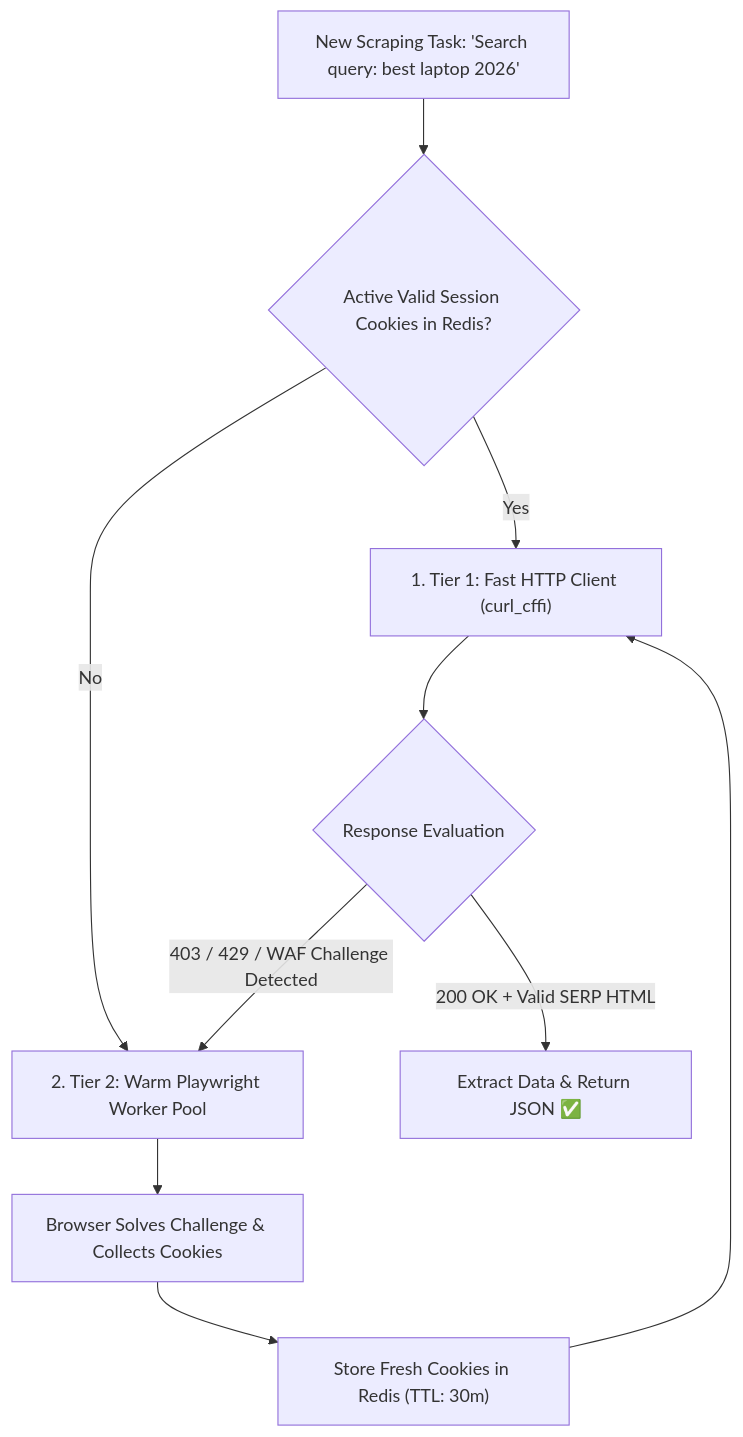
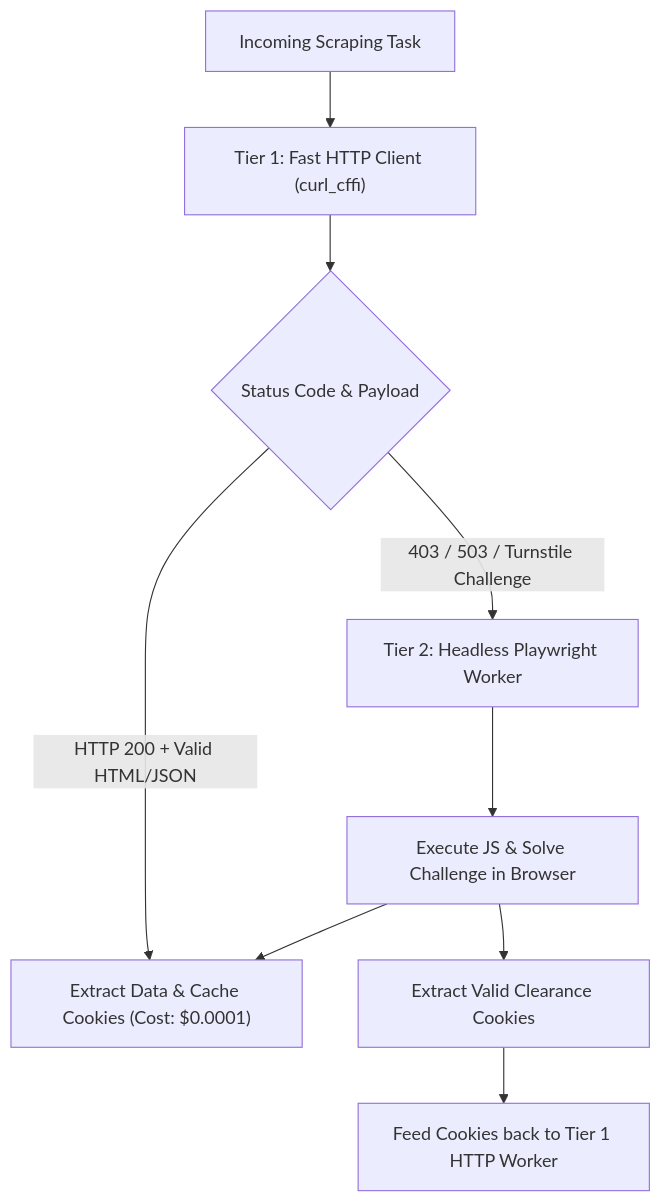
The first of 2 diagrams in _posts/2026-11-13-why-search-scrapers-need-http-clients-and-real-browsers.md (naimurhasan/naimurhasan.github.io), drawn with Mermaid before and after one commit. The commit also changed other lines of this file and 23 other files, not shown here.

````diff
--- a/_posts/2026-11-13-why-search-scrapers-need-http-clients-and-real-browsers.md
+++ b/_posts/2026-11-13-why-search-scrapers-need-http-clients-and-real-browsers.md
@@ -142,15 +28,11 @@
 ```mermaid
-flowchart TD
-  Req["New Scraping Task: 'Search query: best laptop 2026'"] --> Cache{"Active Valid Session Cookies in Redis?"}
-  
-  Cache -- Yes --> Fast["1. Tier 1: Fast HTTP Client (curl_cffi)"]
-  Cache -- No --> Escalation["2. Tier 2: Warm Playwright Worker Pool"]
-  
-  Fast --> Check{"Response Evaluation"}
-  Check -- "200 OK + Valid SERP HTML" --> Done["Extract Data & Return JSON ✅"]
-  Check -- "403 / 429 / WAF Challenge Detected" --> Escalation
-  
-  Escalation --> BrowserSolve["Browser Solves Challenge & Collects Cookies"]
-  BrowserSolve --> StoreCookies["Store Fresh Cookies in Redis (TTL: 30m)"]
-  StoreCookies --> Fast
+graph TD
+  Start["Incoming Scraping Task"] --> Probe["Tier 1: Fast HTTP Client (curl_cffi)"]
+  Probe --> Check{"Status Code & Payload"}
+  Check -- "HTTP 200 + Valid HTML/JSON" --> Done["Extract Data & Cache Cookies (Cost: $0.0001)"]
+  Check -- "403 / 503 / Turnstile Challenge" --> Escalation["Tier 2: Headless Playwright Worker"]
+  Escalation --> BrowserSolve["Execute JS & Solve Challenge in Browser"]
+  BrowserSolve --> ExtractCookies["Extract Valid Clearance Cookies"]
+  ExtractCookies --> Feedback["Feed Cookies back to Tier 1 HTTP Worker"]
+  BrowserSolve --> Done
 ```
````
